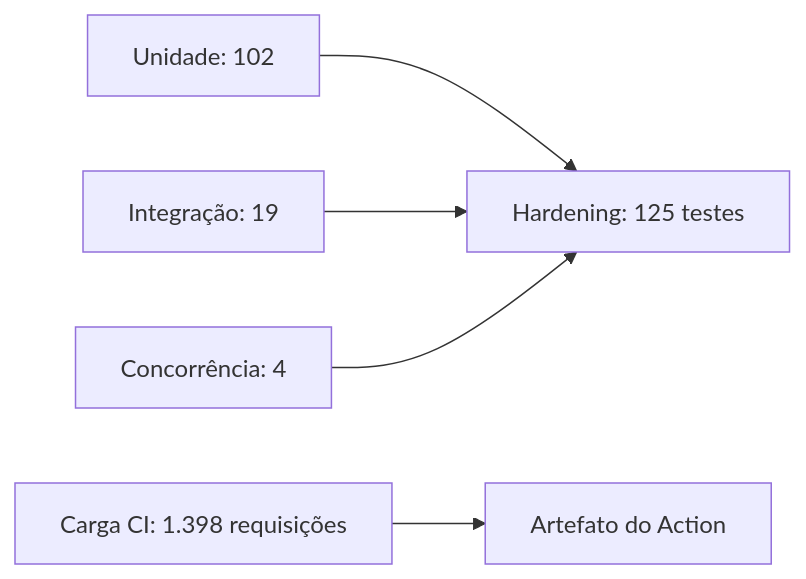
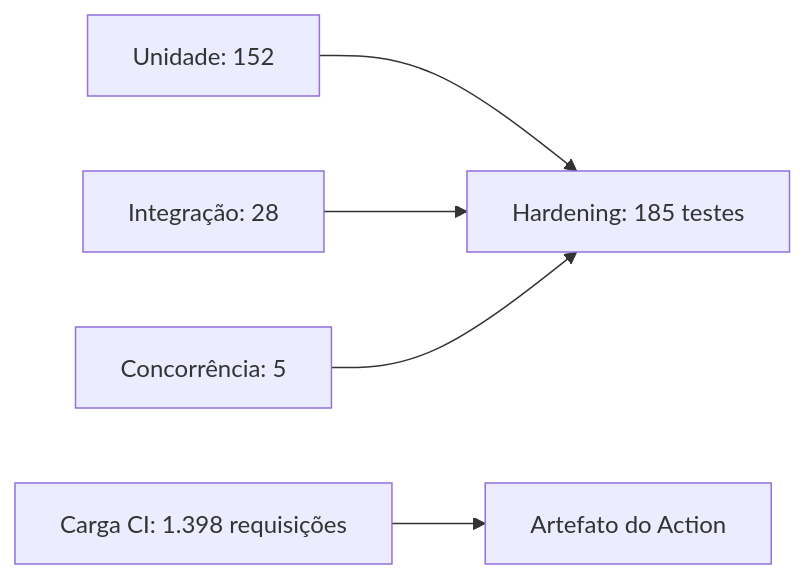
The seventh of 7 diagrams in evidencias/README.md (renansko/jugle-gaming-test), drawn with Mermaid before and after one commit. The commit also changed other lines of this file and 6 other files, not shown here.

````diff
--- a/evidencias/README.md
+++ b/evidencias/README.md
@@ -88,7 +88,7 @@
 ```mermaid
 flowchart LR
-    Unit["Unidade: 102"] --> Gate["Hardening: 125 testes"]
-    Integration["Integração: 19"] --> Gate
-    Concurrency["Concorrência: 4"] --> Gate
+    Unit["Unidade: 152"] --> Gate["Hardening: 185 testes"]
+    Integration["Integração: 28"] --> Gate
+    Concurrency["Concorrência: 5"] --> Gate
     Load["Carga CI: 1.398 requisições"] --> Report["Artefato do Action"]
 ```
````
